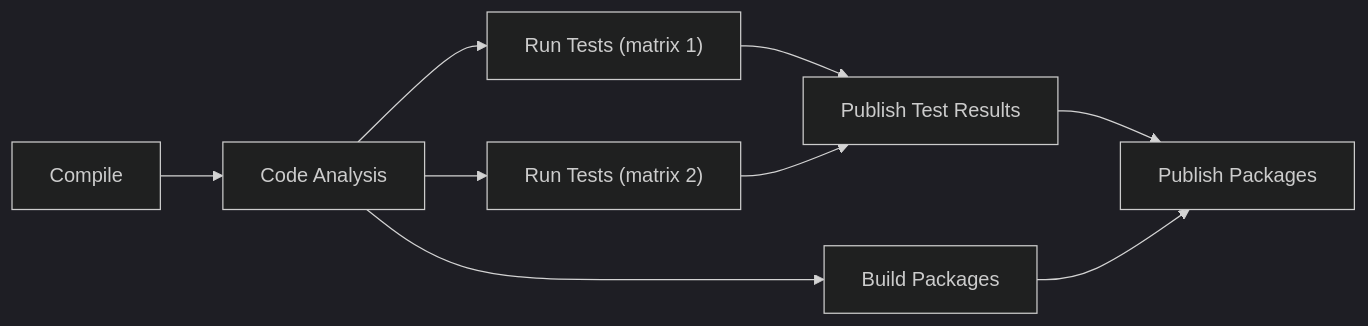
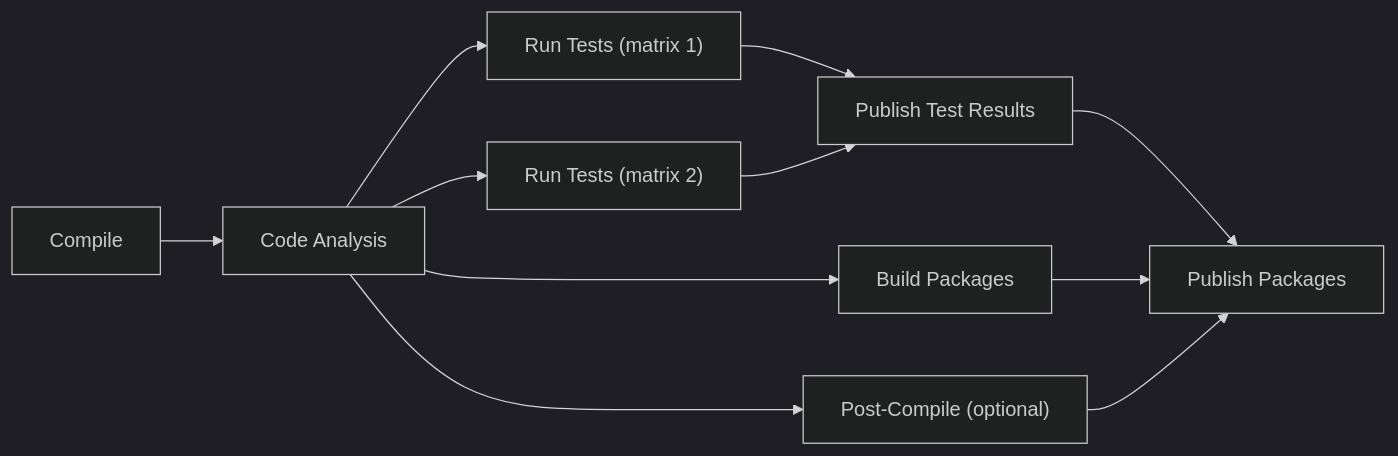
One commit to endjin/Endjin.RecommendedPractices.GitHubActions changed the second of 4 diagrams in README.md. Above: the diagram before and after it, drawn with Mermaid (dark theme). The commit also changed other lines of this file and 4 other files, not shown here.

First line of the commit message:
Add optional post-compile parallel job to scripted-build-matrix-pipeline (#195)

````diff
--- a/README.md
+++ b/README.md
@@ -38,11 +39,13 @@
 ```mermaid
 graph LR
     compile["Compile"]-->analyse["Code Analysis"]
     analyse-->test1["Run Tests (matrix 1)"]
     analyse-->test2["Run Tests (matrix 2)"]
     test1-->pubtests["Publish Test Results"] 
     test2-->pubtests["Publish Test Results"] 
     analyse-->package["Build Packages"]
+    analyse-->postcompile["Post-Compile (optional)"]
     pubtests-->publish["Publish Packages"]
     package-->publish
+    postcompile-->publish
 ```
````
